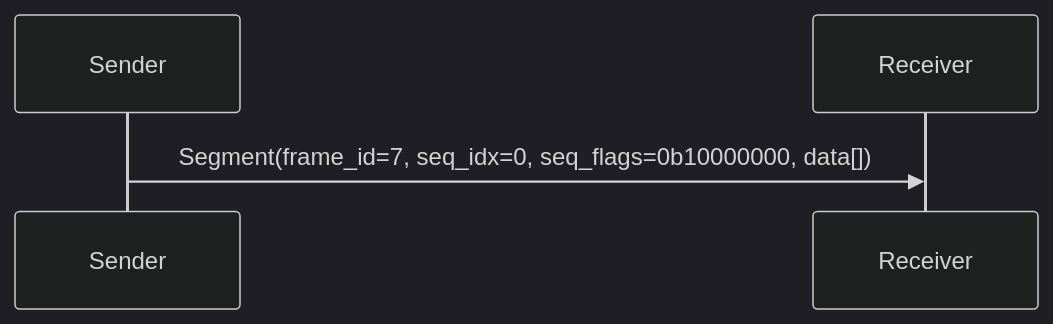
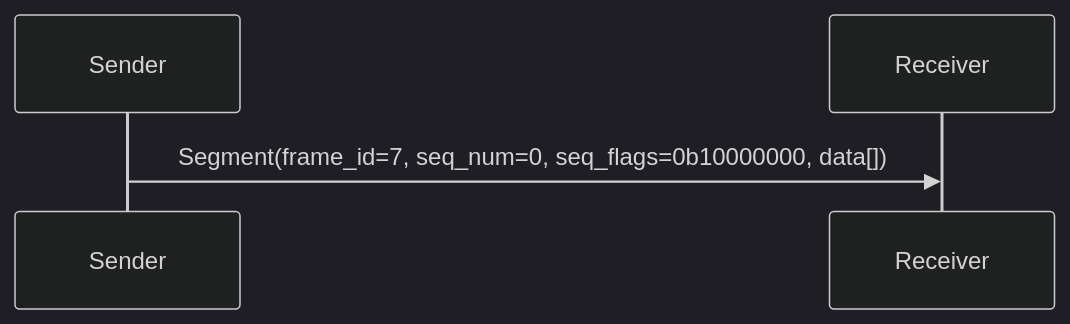
One commit to hoprnet/rfc changed diagram 11 of 11 in rfcs/RFC-0007-session-protocol/0007-session-protocol.md. Above: the diagram before and after it, drawn with Mermaid (dark theme). The commit also changed other lines of this file, not shown here.

Commit message:
fix(md): Clarify segment sequence flags

````diff
--- a/rfcs/RFC-0007-session-protocol/0007-session-protocol.md
+++ b/rfcs/RFC-0007-session-protocol/0007-session-protocol.md
@@ -349,7 +349,7 @@
 ```mermaid
 sequenceDiagram
     participant S as Sender
     participant R as Receiver
 
-    S->>R: Segment(frame_id=7, seq_idx=0, seq_flags=0b10000000, data[])
+    S->>R: Segment(frame_id=7, seq_num=0, seq_flags=0b10000000, data[])
 ```
````
